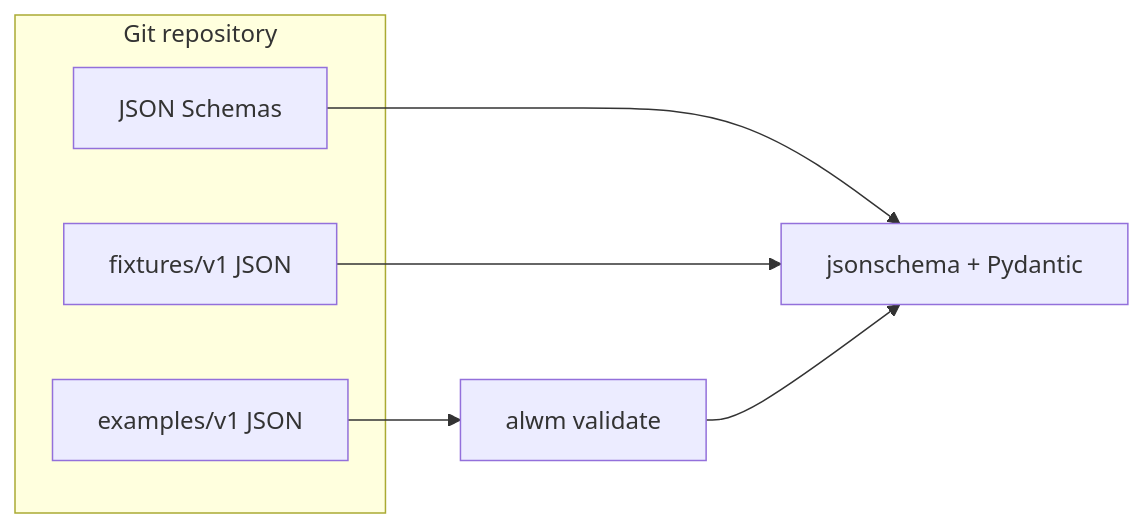
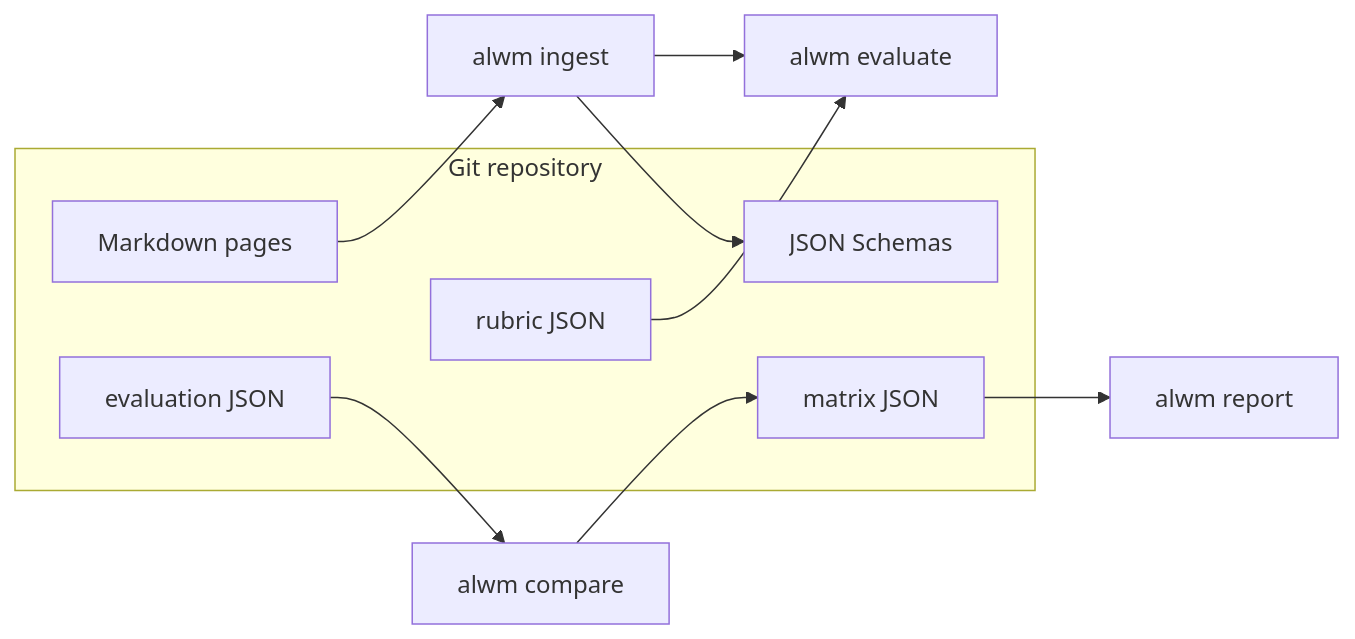
The diagram in docs/architecture/current-state.md (sempervent/agent-llm-wiki-matrix), drawn with Mermaid before and after one commit. The commit also changed other lines of this file and 9 other files, not shown here.

First line of the commit message:
Document Phase 4 workflows, architecture, and README commands.

````diff
--- a/docs/architecture/current-state.md
+++ b/docs/architecture/current-state.md
@@ -30,14 +31,19 @@
 ```mermaid
 flowchart LR
   subgraph repo [Git repository]
+    MD[Markdown pages]
     SCH[JSON Schemas]
-    FIX[fixtures/v1 JSON]
-    EX[examples/v1 JSON]
+    RUB[rubric JSON]
+    EVAL[evaluation JSON]
+    MAT[matrix JSON]
   end
-  VAL[jsonschema + Pydantic]
-  CLI[alwm validate]
-  SCH --> VAL
-  FIX --> VAL
-  EX --> CLI
-  CLI --> VAL
+  ING[alwm ingest]
+  EVA[alwm evaluate]
+  CMP[alwm compare]
+  RPT[alwm report]
+  MD --> ING --> SCH
+  RUB --> EVA
+  ING --> EVA
+  EVAL --> CMP --> MAT
+  MAT --> RPT
 ```
````
